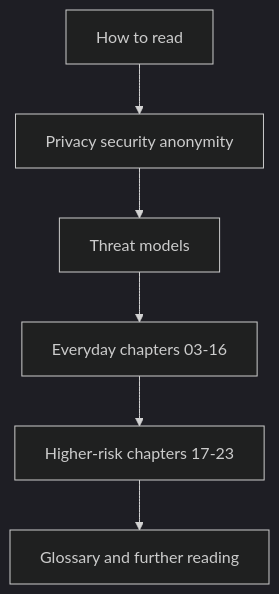
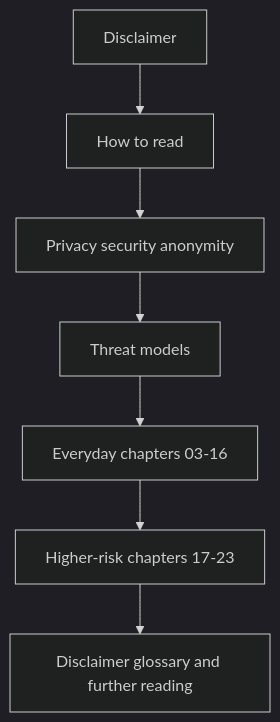
The diagram in README.md (UncleJS/guide_privacy), drawn with Mermaid (dark theme) before and after one commit. The commit also changed other lines of this file and 7 other files, not shown here.

````diff
--- a/README.md
+++ b/README.md
@@ -68,8 +77,9 @@
 ```mermaid
 flowchart TD
-  startNode[How to read] --> concepts[Privacy security anonymity]
+  disclaimer[Disclaimer] --> startNode[How to read]
+  startNode --> concepts[Privacy security anonymity]
   concepts --> threat[Threat models]
   threat --> everyday[Everyday chapters 03-16]
   everyday --> higher[Higher-risk chapters 17-23]
-  higher --> back[Glossary and further reading]
+  higher --> back[Disclaimer glossary and further reading]
 ```
````
